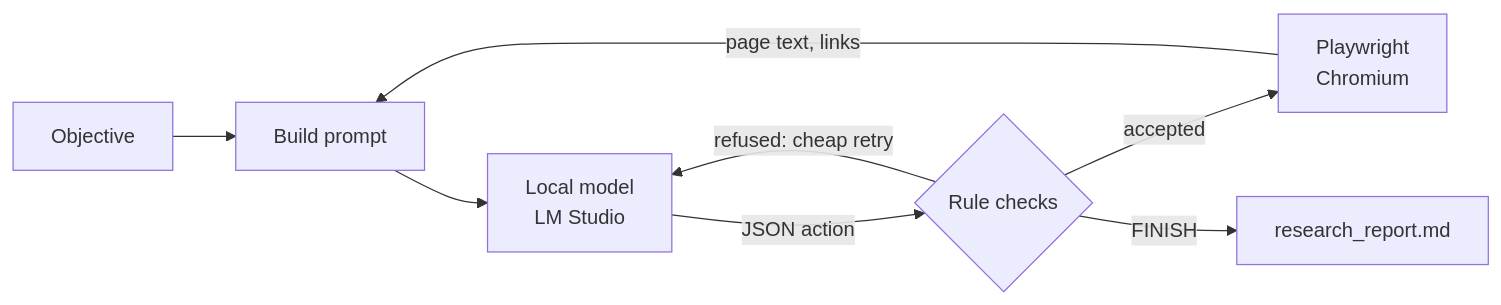
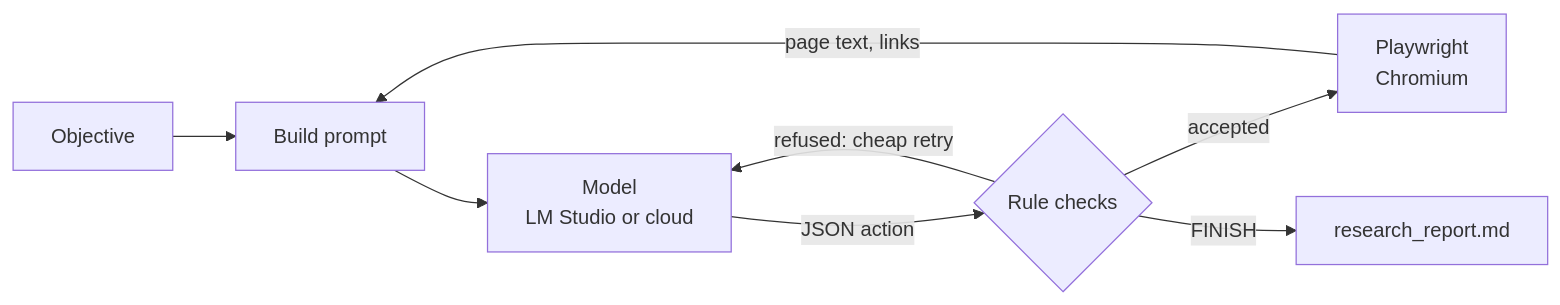
Before and after one commit to SnowFXXX/LocalAgentBrowser: the diagram in docs/how-it-works.md, drawn with Mermaid. The commit also changed other lines of this file and 48 other files, not shown here.

````diff
--- a/docs/how-it-works.md
+++ b/docs/how-it-works.md
@@ -18,10 +18,10 @@
 ```mermaid
 flowchart LR
     O[Objective] --> P[Build prompt]
-    P --> M[Local model<br/>LM Studio]
+    P --> M[Model<br/>LM Studio or cloud]
     M -->|JSON action| C{Rule checks}
     C -->|refused: cheap retry| M
     C -->|accepted| B[Playwright<br/>Chromium]
     B -->|page text, links| P
     C -->|FINISH| R[research_report.md]
 ```
````
